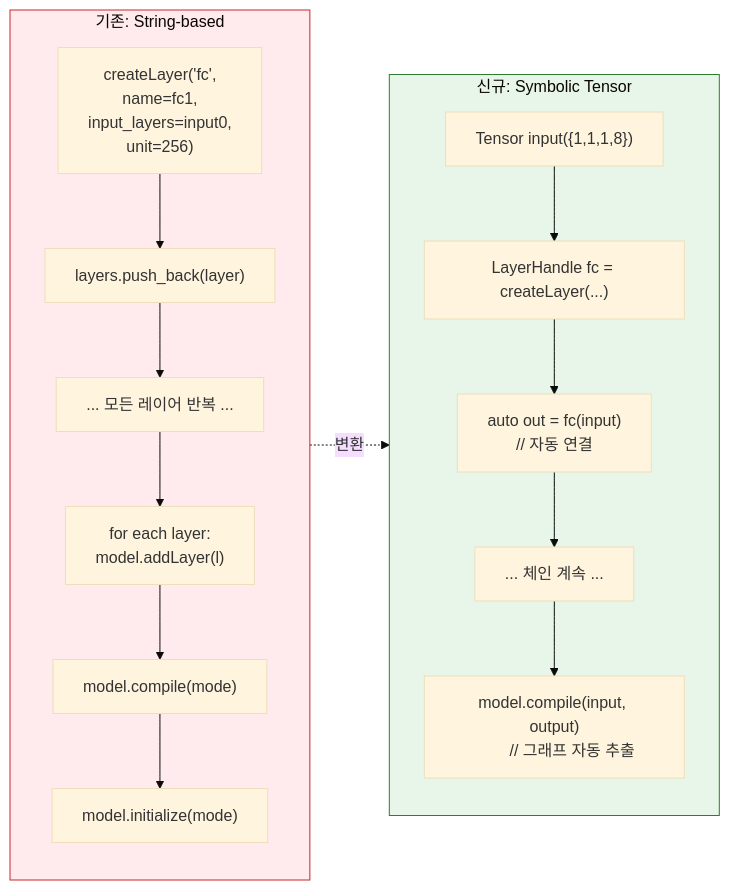
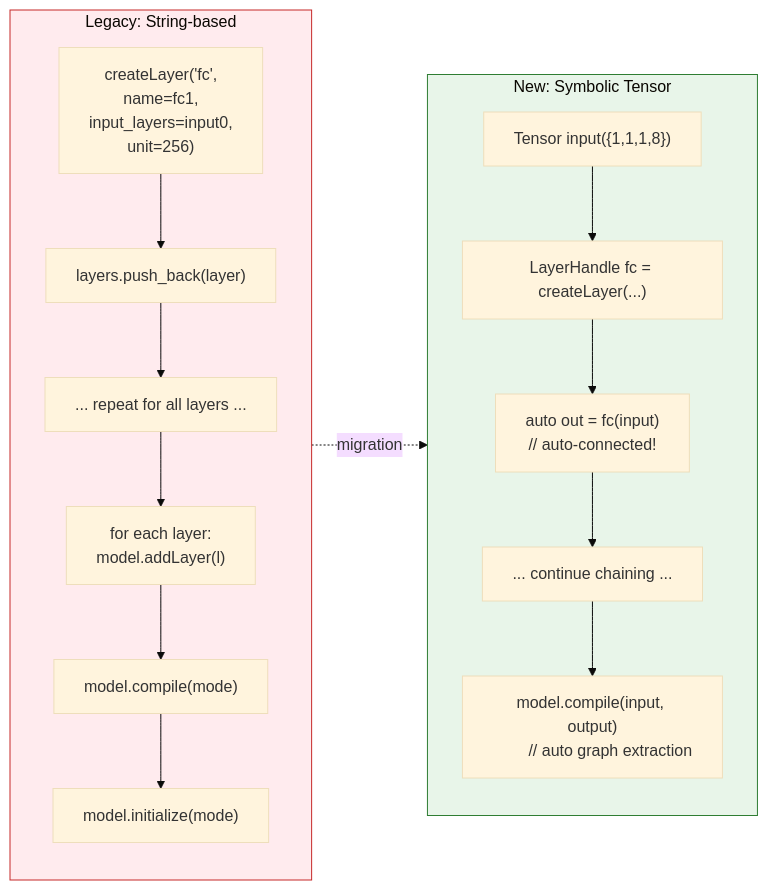
One commit to jijoongmoon/nntrainer changed the sixth of 6 diagrams in docs/symbolic-tensor-api.md. Above: the diagram before and after it, drawn with Mermaid (base theme). The commit also changed other lines of this file, not shown here.

First line of the commit message:
Rewrite Symbolic Tensor API documentation in English

````diff
--- a/docs/symbolic-tensor-api.md
+++ b/docs/symbolic-tensor-api.md
@@ -490,34 +490,34 @@
 ```mermaid
 flowchart LR
-    subgraph OLD["기존: String-based"]
+    subgraph OLD["Legacy: String-based"]
         direction TB
         O1["createLayer('fc',
         name=fc1,
         input_layers=input0,
         unit=256)"]
         O2["layers.push_back(layer)"]
-        O3["... 모든 레이어 반복 ..."]
+        O3["... repeat for all layers ..."]
         O4["for each layer:
         model.addLayer(l)"]
         O5["model.compile(mode)"]
         O6["model.initialize(mode)"]
         O1 --> O2 --> O3 --> O4 --> O5 --> O6
     end
 
-    subgraph NEW["신규: Symbolic Tensor"]
+    subgraph NEW["New: Symbolic Tensor"]
         direction TB
         N1["Tensor input({1,1,1,8})"]
         N2["LayerHandle fc = createLayer(...)"]
         N3["auto out = fc(input)
-        // 자동 연결"]
-        N4["... 체인 계속 ..."]
+        // auto-connected!"]
+        N4["... continue chaining ..."]
         N5["model.compile(input, output)
-        // 그래프 자동 추출"]
+        // auto graph extraction"]
         N1 --> N2 --> N3 --> N4 --> N5
     end
 
-    OLD -.->|변환| NEW
+    OLD -.->|migration| NEW
 
     style OLD fill:#ffebee,stroke:#c62828
     style NEW fill:#e8f5e9,stroke:#2e7d32
 ```
````
